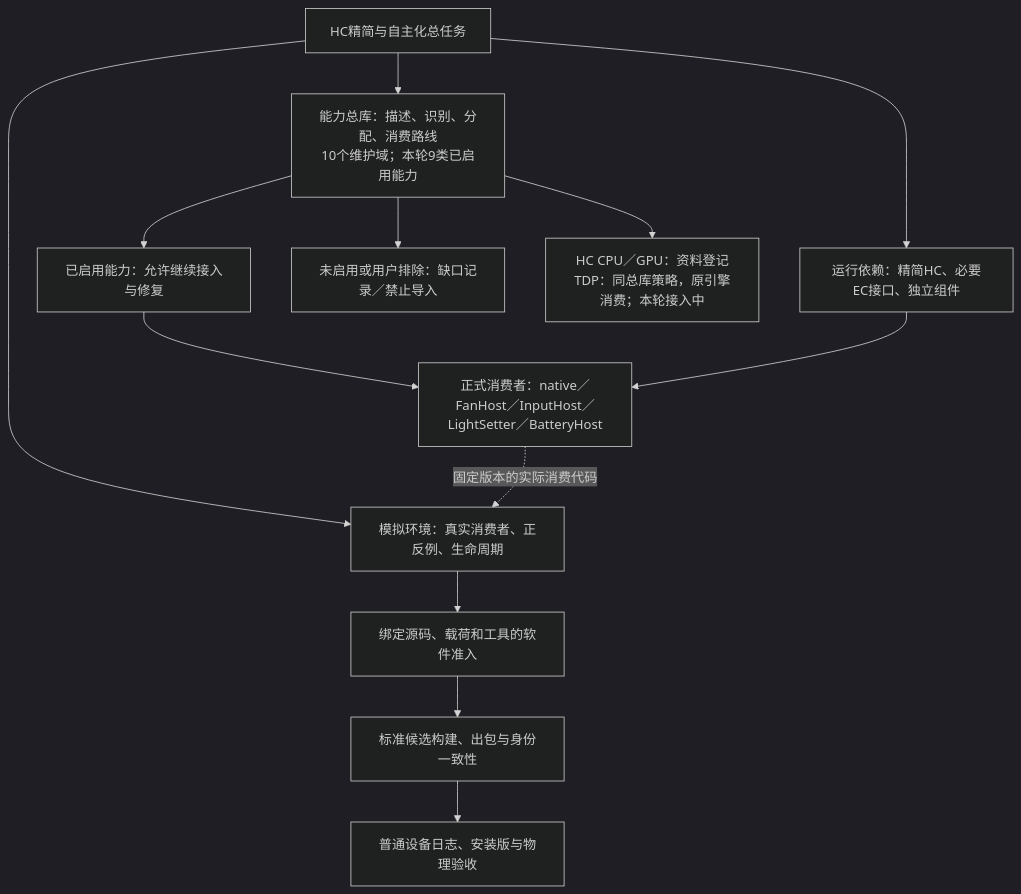
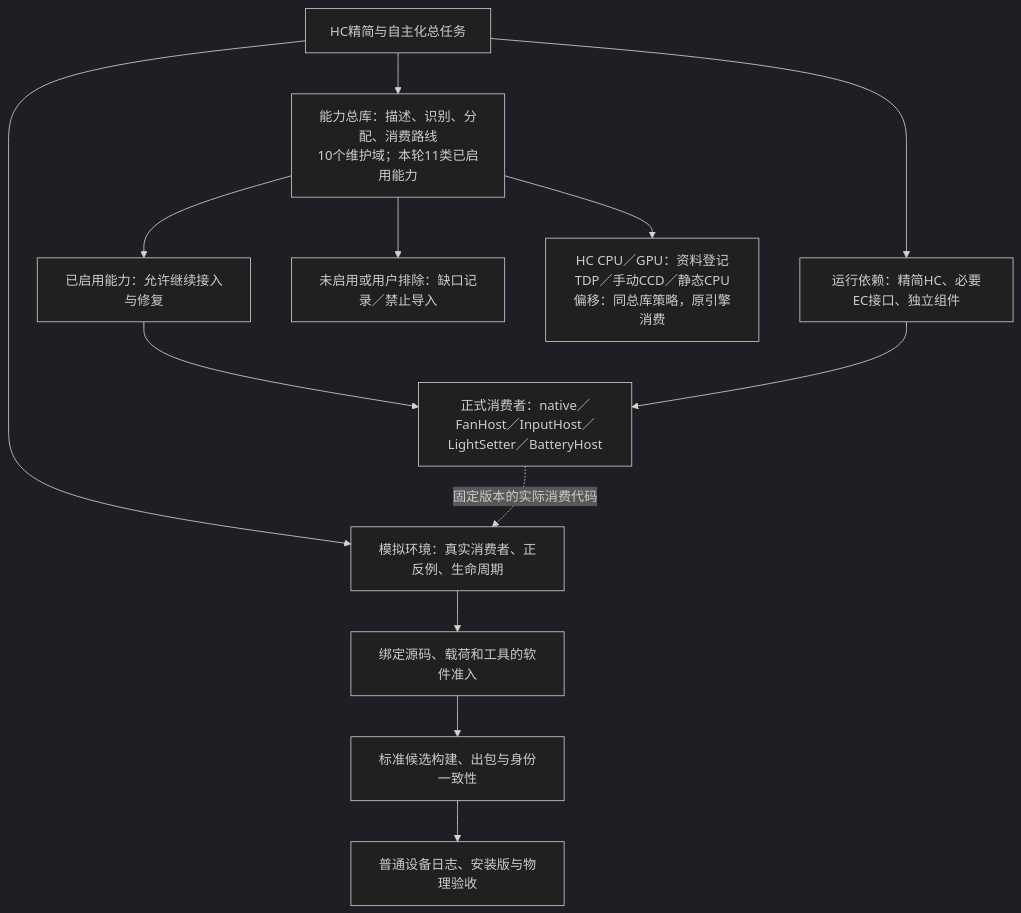
Before and after one commit to DaVeZhouMK/YeManCC: the diagram in capabilities/OVERVIEW.md, drawn with Mermaid (dark theme). The commit also changed other lines of this file and 722 other files, not shown here.

````diff
--- a/capabilities/OVERVIEW.md
+++ b/capabilities/OVERVIEW.md
@@ -15,15 +15,15 @@
 ```mermaid
 flowchart TB
-  P["HC精简与自主化总任务"] --> L["能力总库：描述、识别、分配、消费路线<br/>10个维护域；本轮9类已启用能力"]
+  P["HC精简与自主化总任务"] --> L["能力总库：描述、识别、分配、消费路线<br/>10个维护域；本轮11类已启用能力"]
   P --> R["运行依赖：精简HC、必要EC接口、独立组件"]
   P --> V["模拟环境：真实消费者、正反例、生命周期"]
   L --> E["已启用能力：允许继续接入与修复"]
   L --> G["未启用或用户排除：缺口记录／禁止导入"]
-  L --> M["HC CPU／GPU：资料登记<br/>TDP：同总库策略，原引擎消费；本轮接入中"]
+  L --> M["HC CPU／GPU：资料登记<br/>TDP／手动CCD／静态CPU偏移：同总库策略，原引擎消费"]
   E --> C["正式消费者：native／FanHost／InputHost／LightSetter／BatteryHost"]
   R --> C
   C -. "固定版本的实际消费代码" .-> V
   V --> A["绑定源码、载荷和工具的软件准入"]
   A --> B["标准候选构建、出包与身份一致性"]
   B --> D["普通设备日志、安装版与物理验收"]
 ```
````
